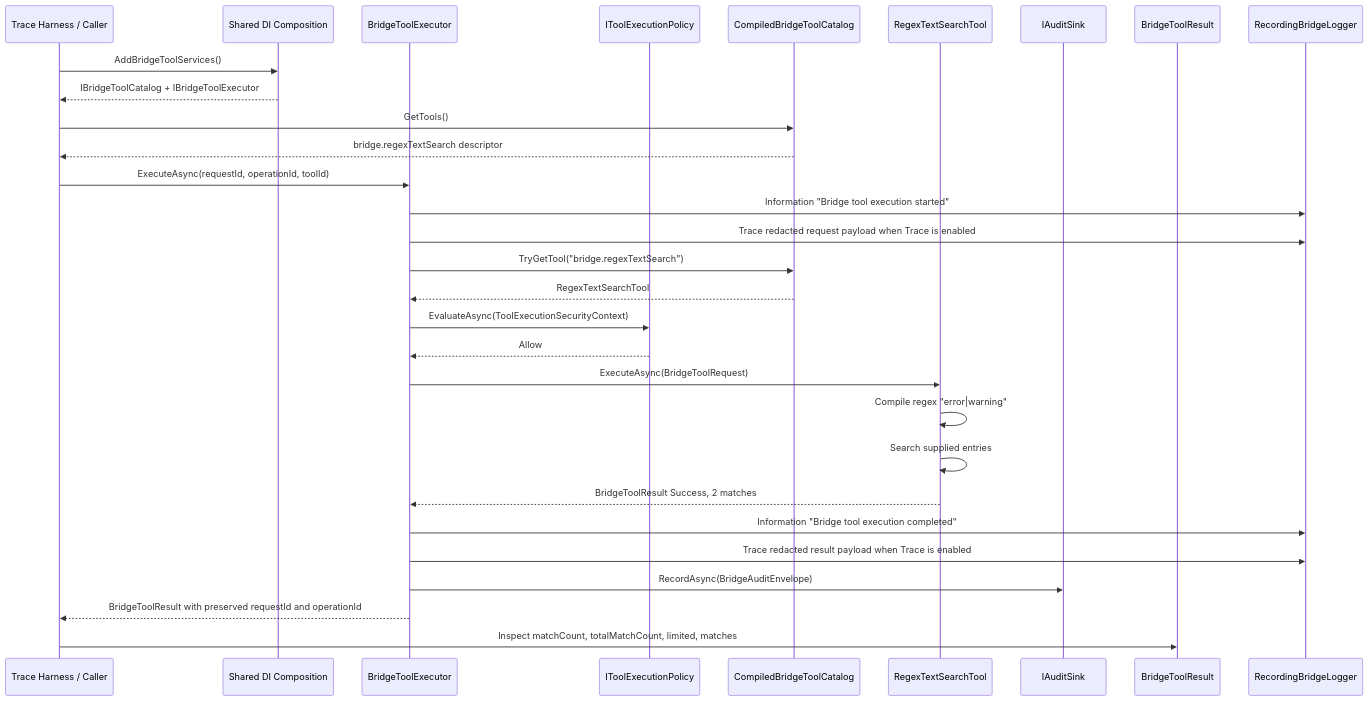
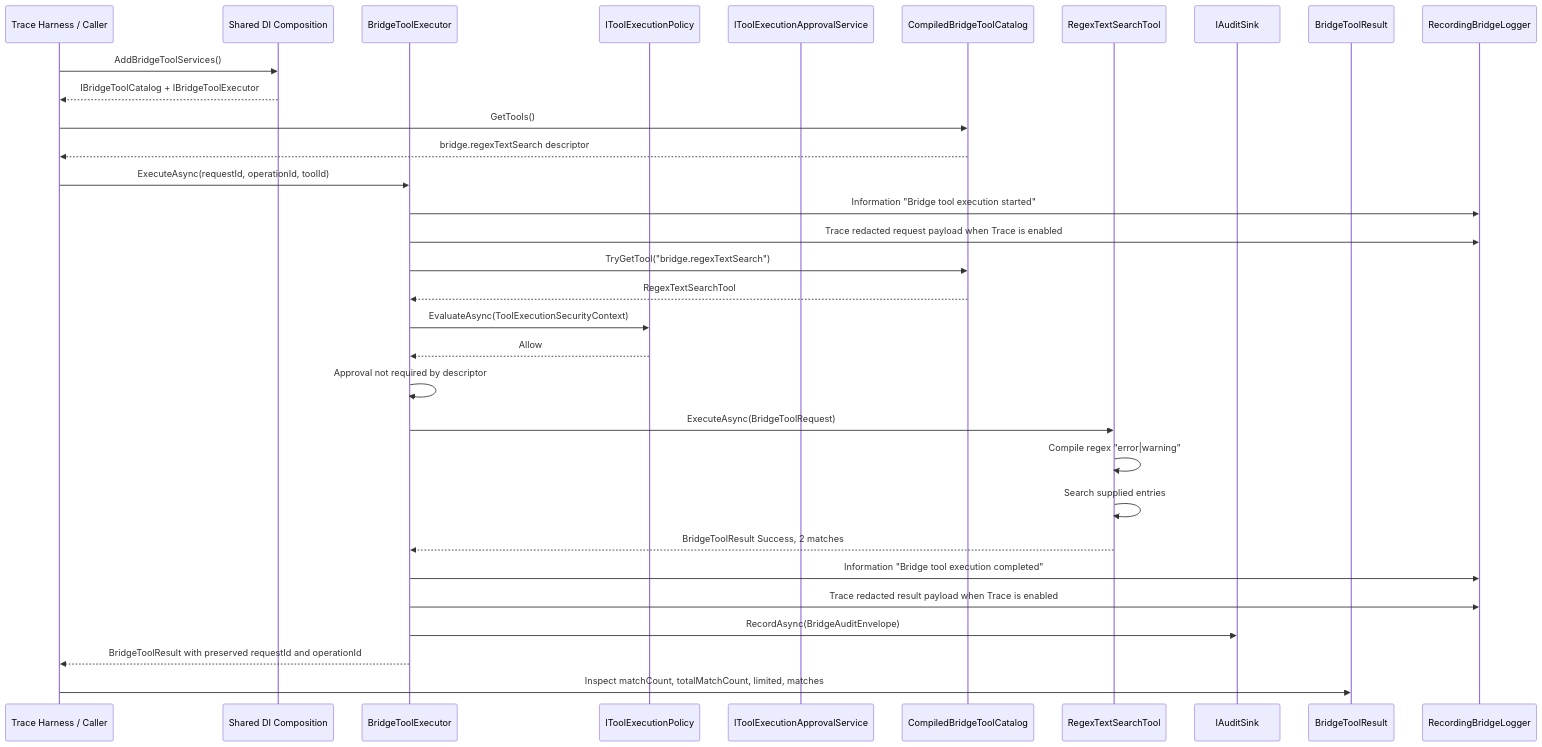
Before and after one commit to BillKrat/vs-mcp-bridge: the diagram in docs/tool-execution-trace-workflow.md, drawn with Mermaid. The commit also changed other lines of this file and 11 other files, not shown here.

First line of the commit message:
Add approval-aware tool execution seam

````diff
--- a/docs/tool-execution-trace-workflow.md
+++ b/docs/tool-execution-trace-workflow.md
@@ -227,33 +231,35 @@
 ```mermaid
 sequenceDiagram
     participant Caller as Trace Harness / Caller
     participant DI as Shared DI Composition
     participant Executor as BridgeToolExecutor
     participant Policy as IToolExecutionPolicy
+    participant Approval as IToolExecutionApprovalService
     participant Catalog as CompiledBridgeToolCatalog
     participant Tool as RegexTextSearchTool
     participant Audit as IAuditSink
     participant Result as BridgeToolResult
     participant Log as RecordingBridgeLogger
 
     Caller->>DI: AddBridgeToolServices()
     DI-->>Caller: IBridgeToolCatalog + IBridgeToolExecutor
     Caller->>Catalog: GetTools()
     Catalog-->>Caller: bridge.regexTextSearch descriptor
     Caller->>Executor: ExecuteAsync(requestId, operationId, toolId)
     Executor->>Log: Information "Bridge tool execution started"
     Executor->>Log: Trace redacted request payload when Trace is enabled
     Executor->>Catalog: TryGetTool("bridge.regexTextSearch")
     Catalog-->>Executor: RegexTextSearchTool
     Executor->>Policy: EvaluateAsync(ToolExecutionSecurityContext)
     Policy-->>Executor: Allow
+    Executor->>Executor: Approval not required by descriptor
     Executor->>Tool: ExecuteAsync(BridgeToolRequest)
     Tool->>Tool: Compile regex "error|warning"
     Tool->>Tool: Search supplied entries
     Tool-->>Executor: BridgeToolResult Success, 2 matches
     Executor->>Log: Information "Bridge tool execution completed"
     Executor->>Log: Trace redacted result payload when Trace is enabled
     Executor->>Audit: RecordAsync(BridgeAuditEnvelope)
     Executor-->>Caller: BridgeToolResult with preserved requestId and operationId
     Caller->>Result: Inspect matchCount, totalMatchCount, limited, matches
 ```
````
